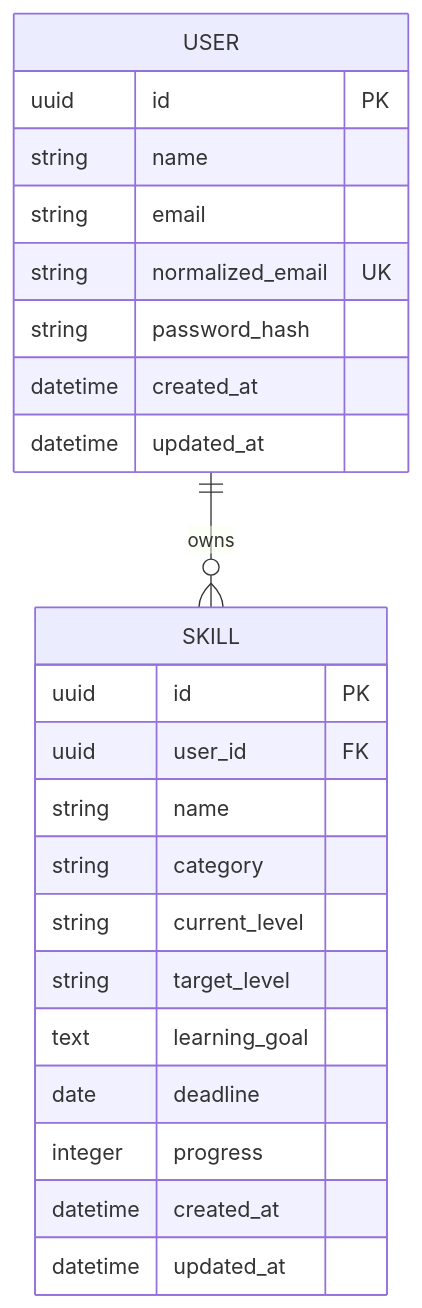
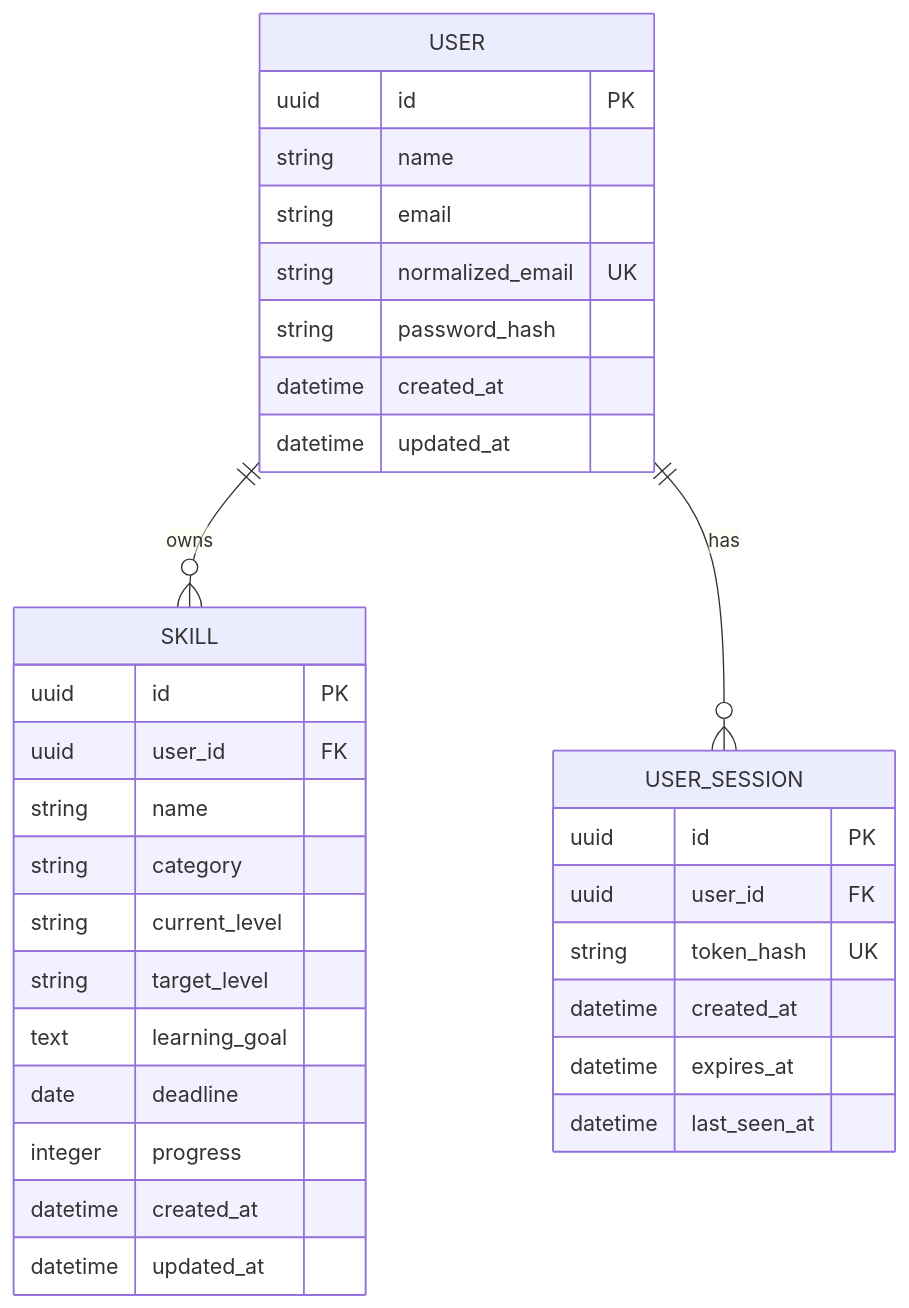
Before and after one commit to michellecrispy/skilltrack: the diagram in docs/phase-3/02-data-model.md, drawn with Mermaid. The commit also changed other lines of this file, not shown here.

Commit message:
docs: add accepted session entity to data model

````diff
--- a/docs/phase-3/02-data-model.md
+++ b/docs/phase-3/02-data-model.md
@@ -16,28 +16,38 @@
 ```mermaid
 erDiagram
     USER ||--o{ SKILL : owns
+    USER ||--o{ USER_SESSION : has
 
     USER {
         uuid id PK
         string name
         string email
         string normalized_email UK
         string password_hash
         datetime created_at
         datetime updated_at
+    }
+
+    USER_SESSION {
+        uuid id PK
+        uuid user_id FK
+        string token_hash UK
+        datetime created_at
+        datetime expires_at
+        datetime last_seen_at
     }
 
     SKILL {
         uuid id PK
         uuid user_id FK
         string name
         string category
         string current_level
         string target_level
         text learning_goal
         date deadline
         integer progress
         datetime created_at
         datetime updated_at
     }
 ```
````
